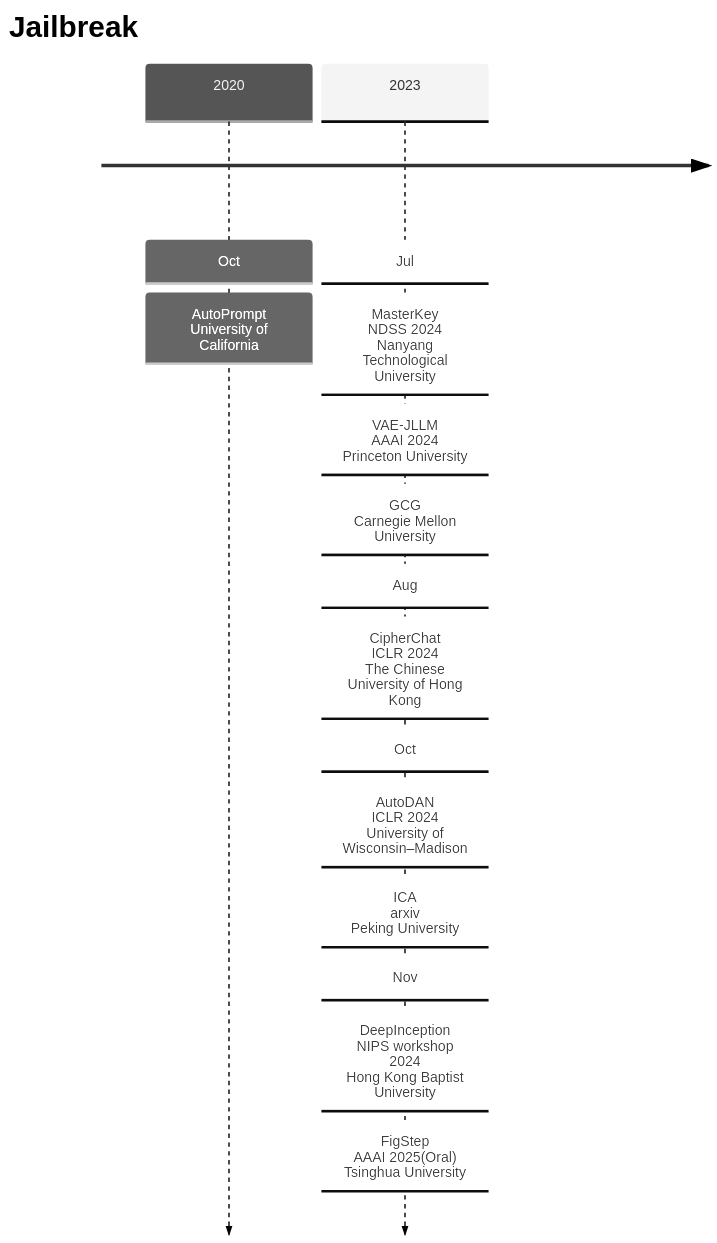
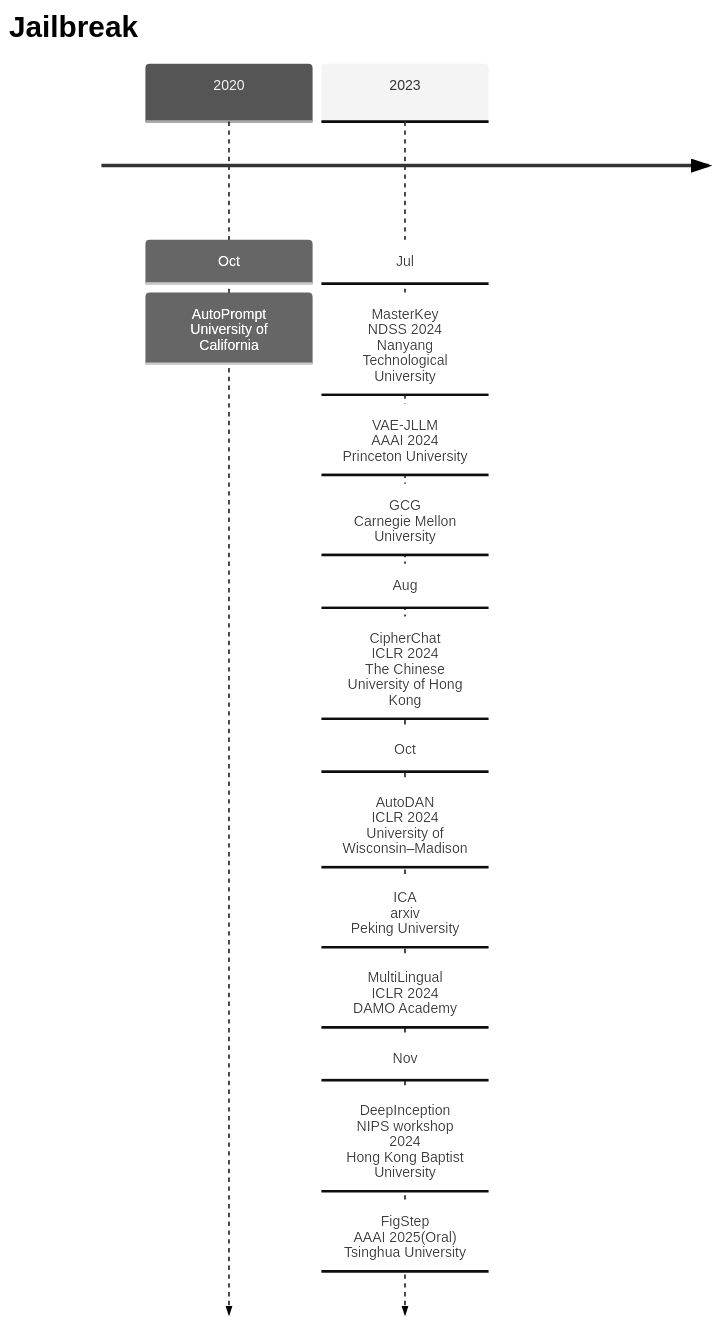
Before and after one commit to Elephant-King9/Paper: the first of 5 diagrams in Attack/Jailbreak/analyse.md, drawn with Mermaid (neutral theme). The commit also changed other lines of this file and 5 other files, not shown here.

````diff
--- a/Attack/Jailbreak/analyse.md
+++ b/Attack/Jailbreak/analyse.md
@@ -5,20 +5,21 @@
 ```mermaid
 timeline
     title Jailbreak
     	2020 : Oct
     			 : AutoPrompt<br>University of California
     	2023 : Jul
     			 : MasterKey<br>NDSS 2024<br>Nanyang Technological University
     			 : VAE-JLLM<br>AAAI 2024<br>Princeton University
     			 : GCG<br>Carnegie Mellon University
     			 : Aug
     			 : CipherChat<br>ICLR 2024<br>The Chinese University of Hong Kong
     			 : Oct
     			 : AutoDAN<br>ICLR 2024<br>University of Wisconsin–Madison
     			 : ICA<br>arxiv<br>Peking University
+    			 : MultiLingual<br>ICLR 2024<br>DAMO Academy
     			 : Nov
     			 : DeepInception<br>NIPS workshop 2024<br>Hong Kong Baptist University
     			 : FigStep<br>AAAI 2025(Oral)<br>Tsinghua University
     			 
     
 ```
````
